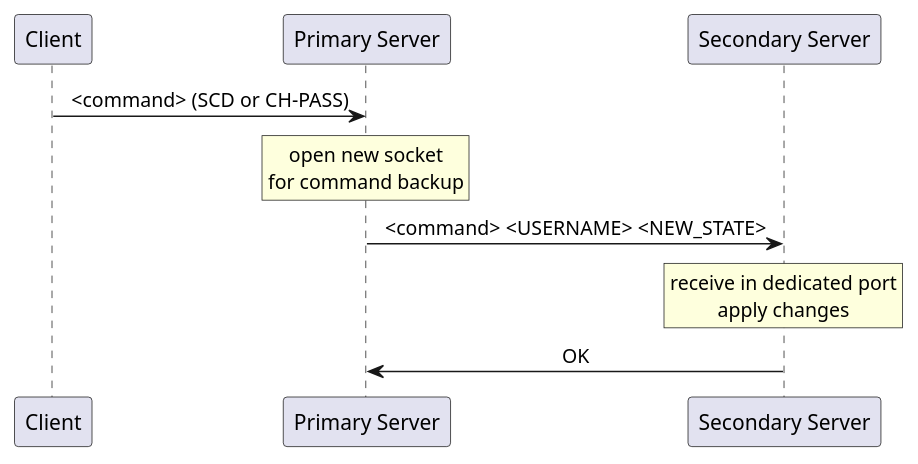
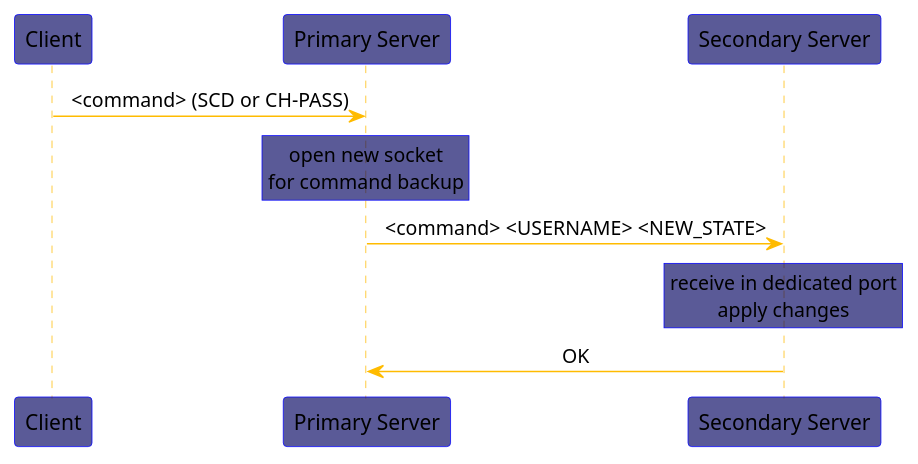
One commit to PomatoCoCEO/UcDrive changed the diagram in arch/command_backup.puml. Above: the diagram before and after it, drawn with PlantUML. The commit also changed 20 other files, not shown here.

```diff
--- a/arch/command_backup.puml
+++ b/arch/command_backup.puml
@@ -1,20 +1,33 @@
 @startuml command_backup
 skinparam sequenceMessageAlign CENTER
 skinparam NoteTextAlignment CENTER
+skinparam sequenceMessageAlign CENTER
+skinparam NoteTextAlignment CENTER
+skinparam DefaultTextAlignment CENTER
+skinparam ArrowColor #ffbb00
+skinparam ArrowFontColor #000000
+skinparam sequenceMessageAlign CENTER
+skinparam NoteTextAlignment CENTER
+skinparam NoteBackgroundColor #060662a8
+skinparam NoteBorderColor #0000ff
+skinparam ParticipantBackgroundColor #060662a8
+skinparam ParticipantBorderColor #0000ff
+skinparam PathHoverColor #ffbb00
+skinparam SequenceLifeLineBorderColor #ffbb00
 participant "Client" as c
 participant "Primary Server" as ps
 participant "Secondary Server" as ss
 
 c->ps: <command> (SCD or CH-PASS)
 rnote over ps
 open new socket
 for command backup
 end note
 ps->ss: <command> <USERNAME> <NEW_STATE>
 rnote over ss
 receive in dedicated port
 apply changes
 end note
 ss->ps: OK
 
 @enduml
```
